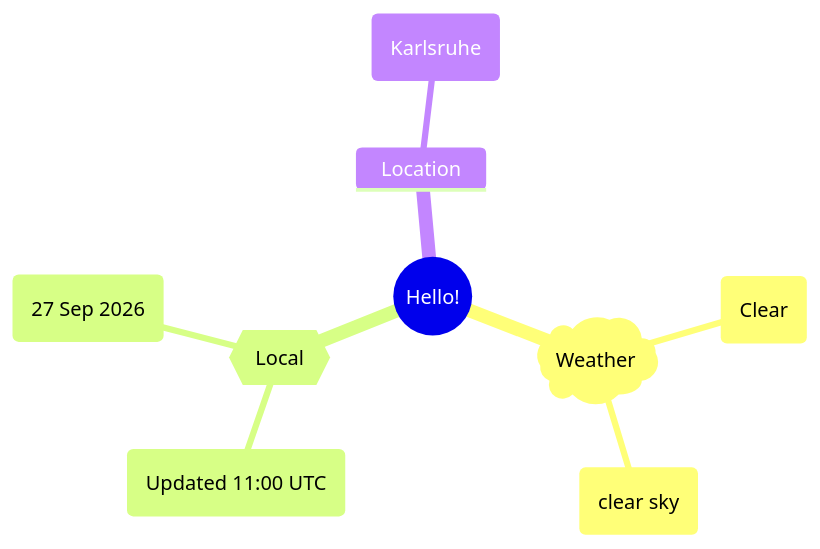
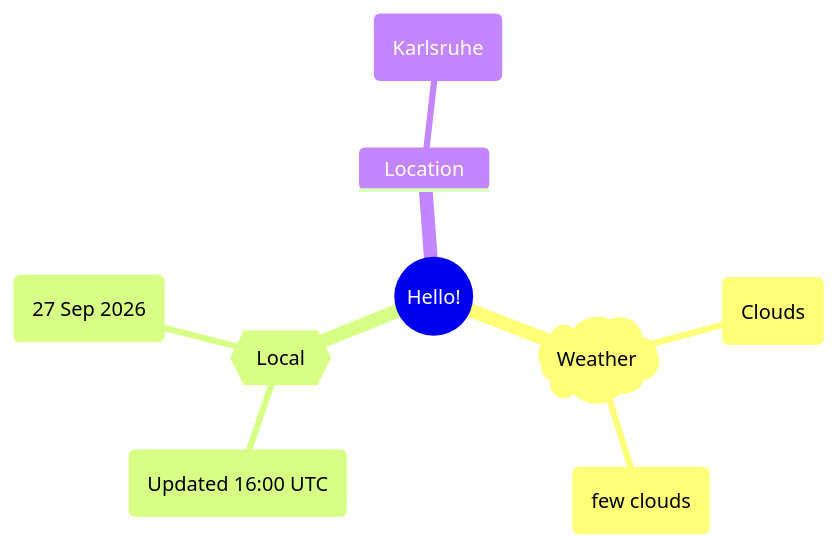
The first of 2 diagrams in README.md (Xosrov/Xosrov), drawn with Mermaid before and after one commit.

Commit message:
[bot] updated images

````diff
--- a/README.md
+++ b/README.md
@@ -3,12 +3,12 @@
 ```mermaid
 mindmap
   root((Hello!))
     )Weather(
-        (Clear)
-        (clear sky)
+        (Clouds)
+        (few clouds)
     {{Local}}
-        (Updated 11:00 UTC)
+        (Updated 16:00 UTC)
         (27 Sep 2026)
     Location
         (Karlsruhe)
 ```
````
